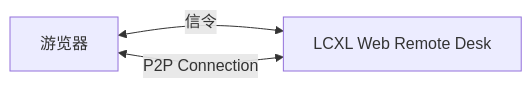
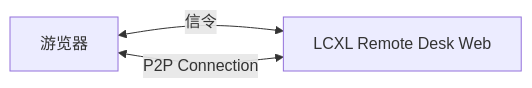
Before and after one commit to lcxl-remote/lcxl-remote-desk-web: the second of 2 diagrams in README.md, drawn with Mermaid. The commit also changed other lines of this file and 2 other files, not shown here.

````diff
--- a/README.md
+++ b/README.md
@@ -29,5 +29,5 @@
 ```mermaid
 graph LR
-    browser[游览器]<--信令-->desk[LCXL Web Remote Desk]
+    browser[游览器]<--信令-->desk[LCXL Remote Desk Web]
     browser<--P2P Connection-->desk
 ```
````
